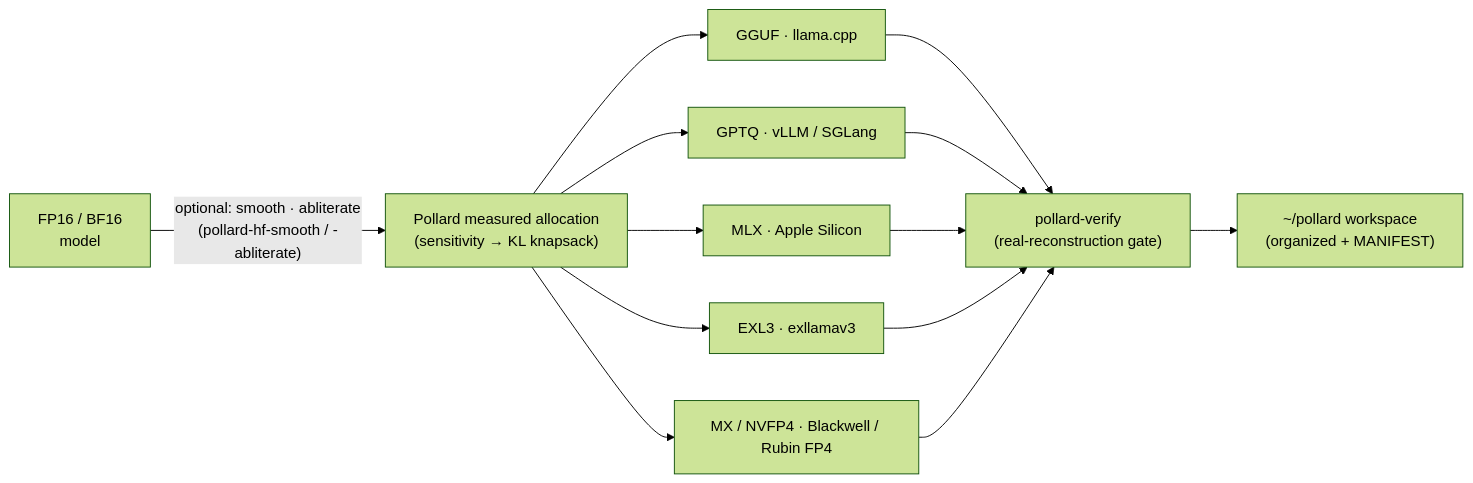
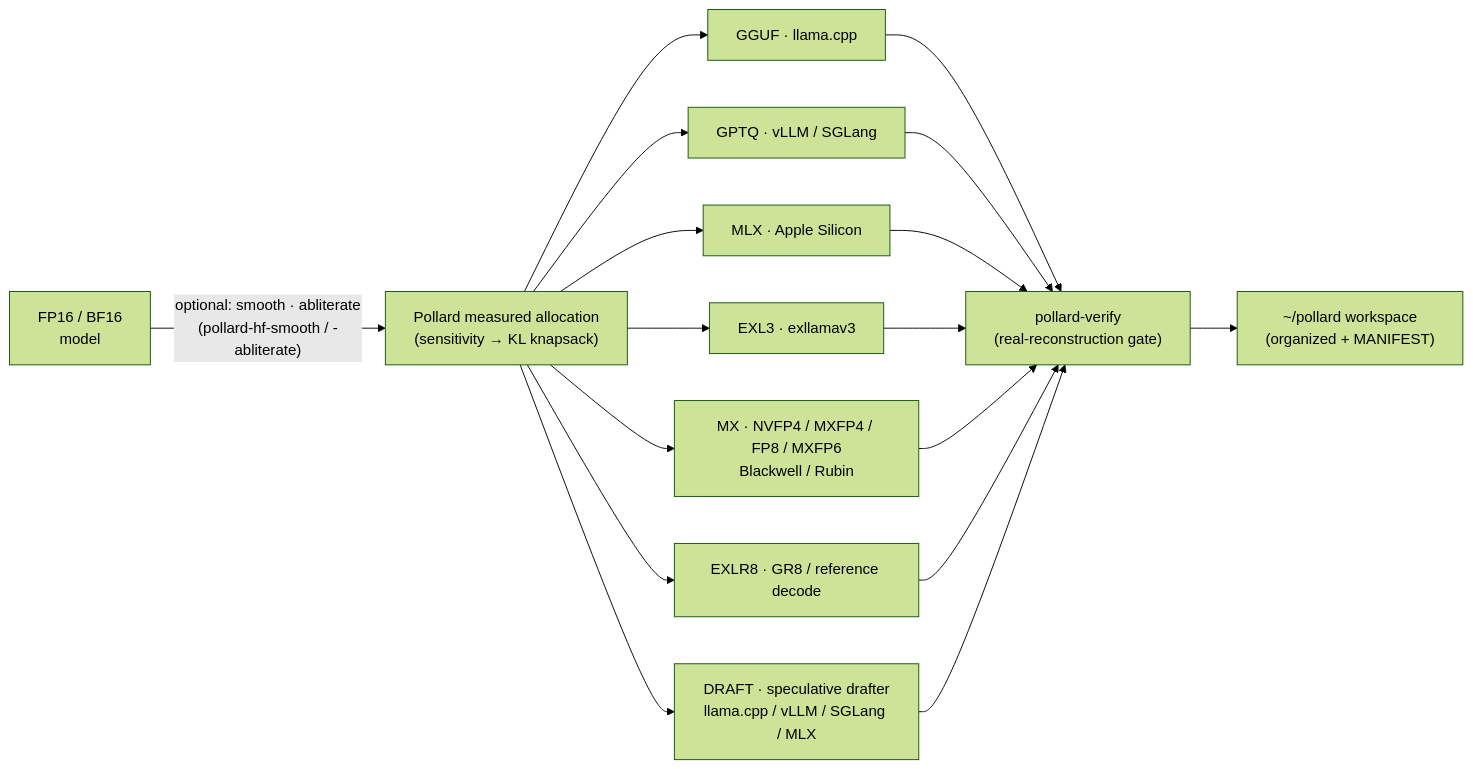
One commit to WestWaters/pollard-weights changed the diagram in README.md. Above: the diagram before and after it, drawn with Mermaid (forest theme). The commit also changed other lines of this file, not shown here.

Commit message:
README: list all seven output lanes (GGUF, MLX, GPTQ, MX, EXL3, EXLR8, DRAFT)

````diff
--- a/README.md
+++ b/README.md
@@ -40,15 +43,19 @@
 ```mermaid
 flowchart LR
     HF["FP16 / BF16<br/>model"] -->|"optional: smooth · abliterate<br/>(pollard-hf-smooth / -abliterate)"| ALLOC
     ALLOC["Pollard measured allocation<br/>(sensitivity → KL knapsack)"] --> GGUF["GGUF · llama.cpp"]
     ALLOC --> GPTQ["GPTQ · vLLM / SGLang"]
     ALLOC --> MLX["MLX · Apple Silicon"]
     ALLOC --> EXL3["EXL3 · exllamav3"]
-    ALLOC --> MX["MX / NVFP4 · Blackwell / Rubin FP4"]
+    ALLOC --> MX["MX · NVFP4 / MXFP4 / FP8 / MXFP6<br/>Blackwell / Rubin"]
+    ALLOC --> EXLR8["EXLR8 · GR8 / reference decode"]
+    ALLOC --> DRAFT["DRAFT · speculative drafter<br/>llama.cpp / vLLM / SGLang / MLX"]
     GGUF --> V["pollard-verify<br/>(real-reconstruction gate)"]
     GPTQ --> V
     MLX --> V
     EXL3 --> V
     MX --> V
+    EXLR8 --> V
+    DRAFT --> V
     V --> WS["~/pollard workspace<br/>(organized + MANIFEST)"]
 ```
````
